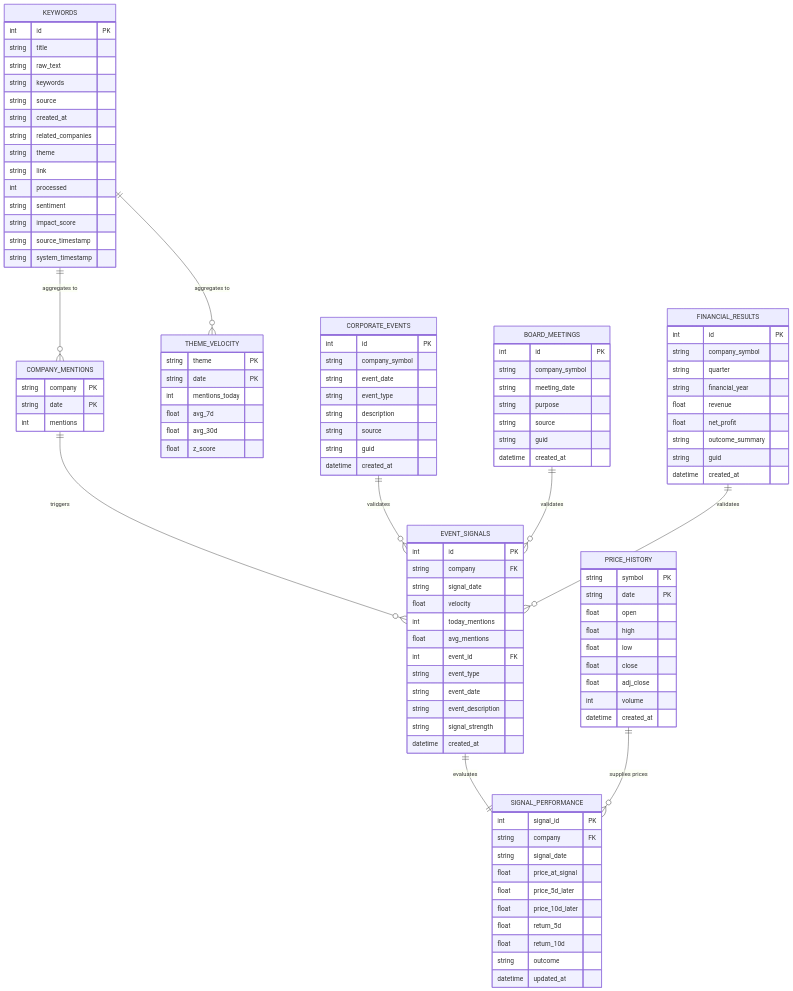
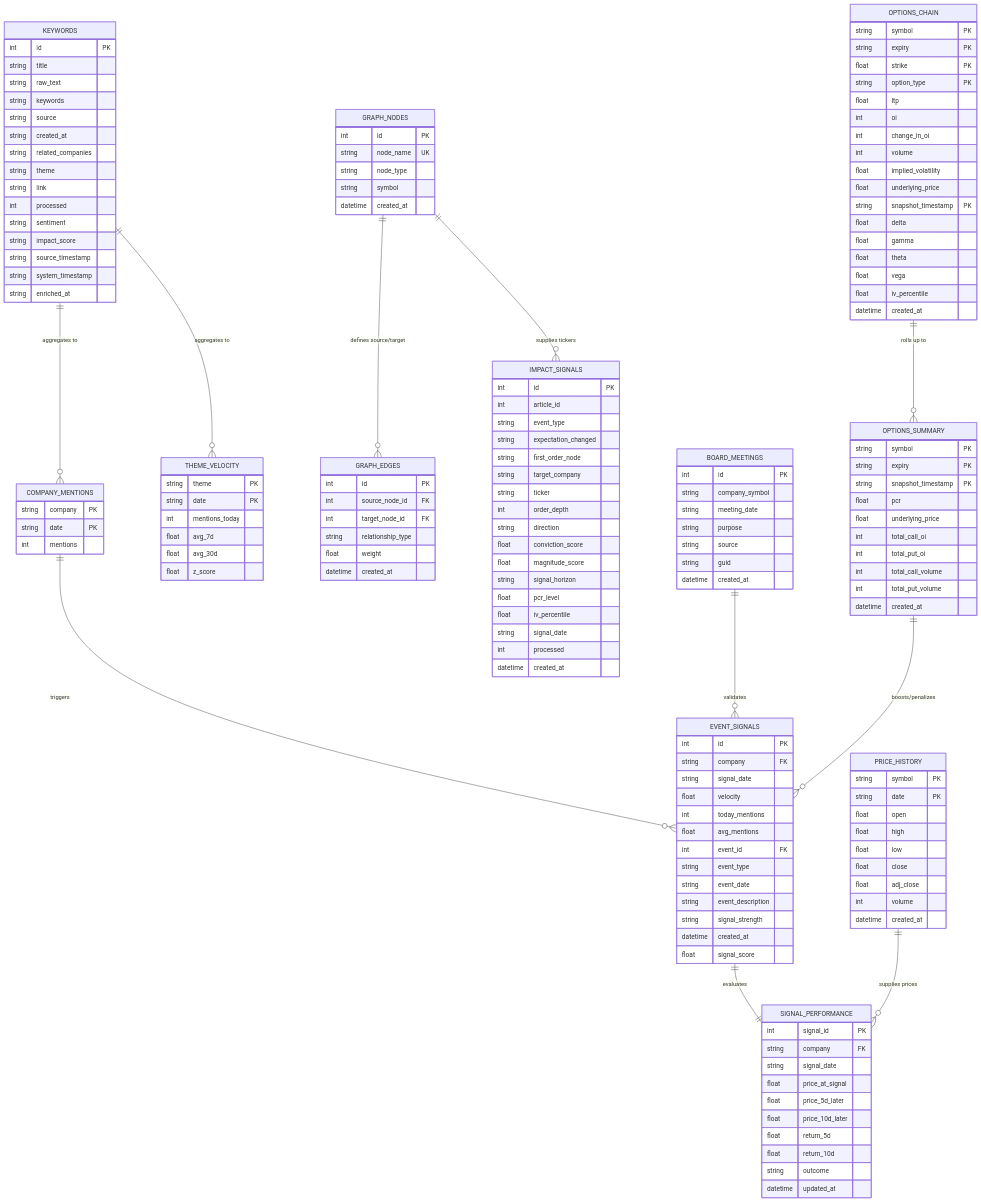
Before and after one commit to sandeshavere-oss/Market-Intel: the diagram in docs/DATABASE_SCHEMA.md, drawn with Mermaid. The commit also changed other lines of this file and 32 other files, not shown here.

Commit message:
MARKET_INTEL v4.0 - Impact Propagation Engine + Options Layer Integration

````diff
--- a/docs/DATABASE_SCHEMA.md
+++ b/docs/DATABASE_SCHEMA.md
@@ -26,6 +26,7 @@
         string impact_score
         string source_timestamp
         string system_timestamp
+        string enriched_at
     }
 
     COMPANY_MENTIONS {
@@ -56,6 +57,7 @@
         string event_description
         string signal_strength
         datetime created_at
+        float signal_score
     }
 
     SIGNAL_PERFORMANCE {
@@ -71,6 +73,43 @@
         datetime updated_at
     }
 
+    GRAPH_NODES {
+        int id PK
+        string node_name UK
+        string node_type
+        string symbol
+        datetime created_at
+    }
+
+    GRAPH_EDGES {
+        int id PK
+        int source_node_id FK
+        int target_node_id FK
+        string relationship_type
+        float weight
+        datetime created_at
+    }
+
+    IMPACT_SIGNALS {
+        int id PK
+        int article_id
+        string event_type
+        string expectation_changed
+        string first_order_node
+        string target_company
+        string ticker
+        int order_depth
+        string direction
+        float conviction_score
+        float magnitude_score
+        string signal_horizon
+        float pcr_level
+        float iv_percentile
+        string signal_date
+        int processed
+        datetime created_at
+    }
+
     %% price_data.db
     PRICE_HISTORY {
         string symbol PK
@@ -84,18 +123,40 @@
         datetime created_at
     }
 
-    %% corporate_events.db
-    CORPORATE_EVENTS {
-        int id PK
-        string company_symbol
-        string event_date
-        string event_type
-        string description
-        string source
-        string guid
+    OPTIONS_CHAIN {
+        string symbol PK
+        string expiry PK
+        float strike PK
+        string option_type PK
+        float ltp
+        int oi
+        int change_in_oi
+        int volume
+        float implied_volatility
+        float underlying_price
+        string snapshot_timestamp PK
+        float delta
+        float gamma
+        float theta
+        float vega
+        float iv_percentile
         datetime created_at
     }
 
+    OPTIONS_SUMMARY {
+        string symbol PK
+        string expiry PK
+        string snapshot_timestamp PK
+        float pcr
+        float underlying_price
+        int total_call_oi
+        int total_put_oi
+        int total_call_volume
+        int total_put_volume
+        datetime created_at
+    }
+
+    %% corporate_events.db
     BOARD_MEETINGS {
         int id PK
         string company_symbol
@@ -106,25 +167,15 @@
         datetime created_at
     }
 
-    FINANCIAL_RESULTS {
-        int id PK
-        string company_symbol
-        string quarter
-        string financial_year
-        float revenue
-        float net_profit
-        string outcome_summary
-        string guid
-        datetime created_at
-    }
-
     %% In-Memory or Logical Joins
     KEYWORDS ||--o{ COMPANY_MENTIONS : "aggregates to"
     KEYWORDS ||--o{ THEME_VELOCITY : "aggregates to"
     COMPANY_MENTIONS ||--o{ EVENT_SIGNALS : "triggers"
-    CORPORATE_EVENTS ||--o{ EVENT_SIGNALS : "validates"
     BOARD_MEETINGS ||--o{ EVENT_SIGNALS : "validates"
-    FINANCIAL_RESULTS ||--o{ EVENT_SIGNALS : "validates"
     EVENT_SIGNALS ||--|| SIGNAL_PERFORMANCE : "evaluates"
     PRICE_HISTORY ||--o{ SIGNAL_PERFORMANCE : "supplies prices"
+    GRAPH_NODES ||--o{ GRAPH_EDGES : "defines source/target"
+    GRAPH_NODES ||--o{ IMPACT_SIGNALS : "supplies tickers"
+    OPTIONS_CHAIN ||--o{ OPTIONS_SUMMARY : "rolls up to"
+    OPTIONS_SUMMARY ||--o{ EVENT_SIGNALS : "boosts/penalizes"
 ```
````
